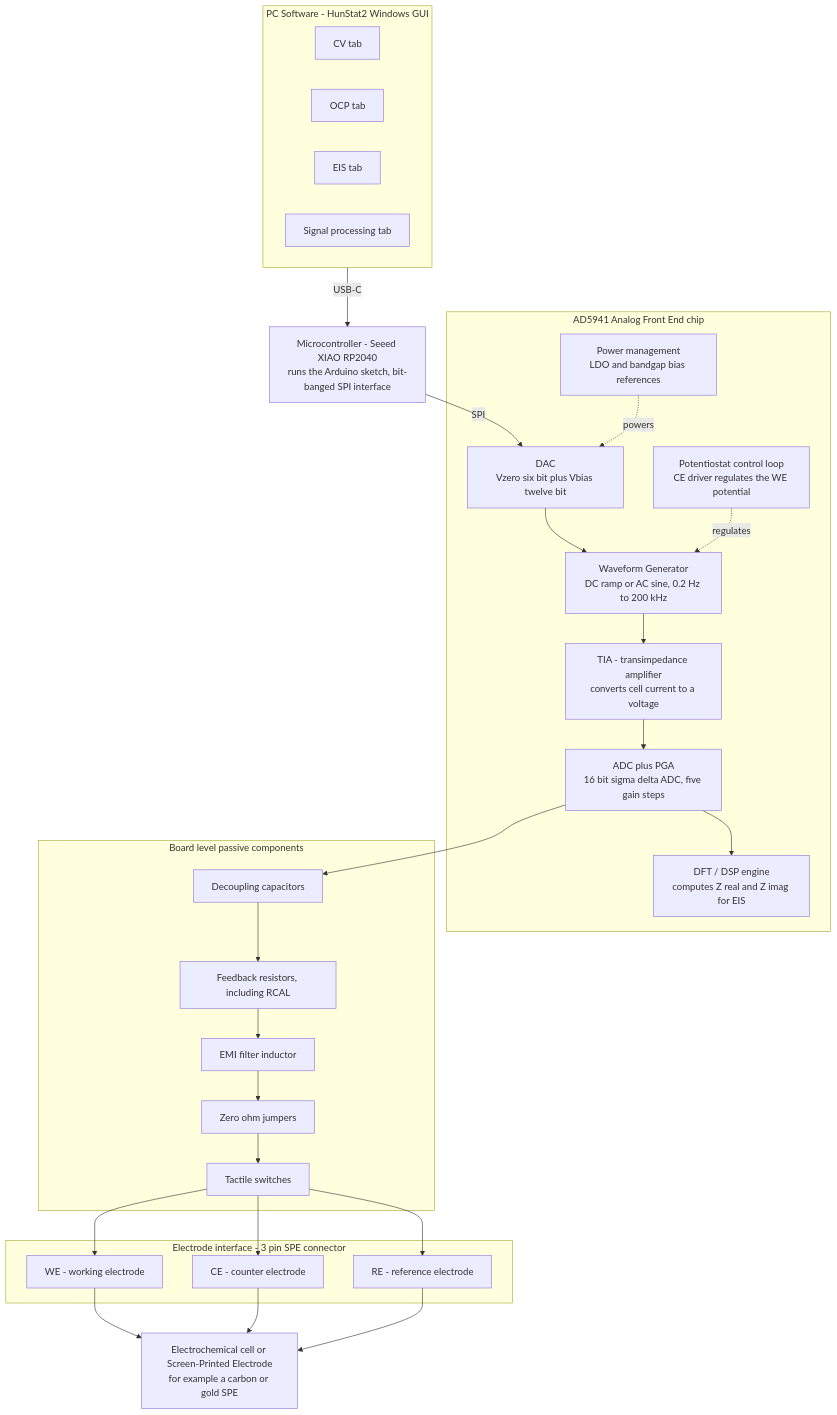
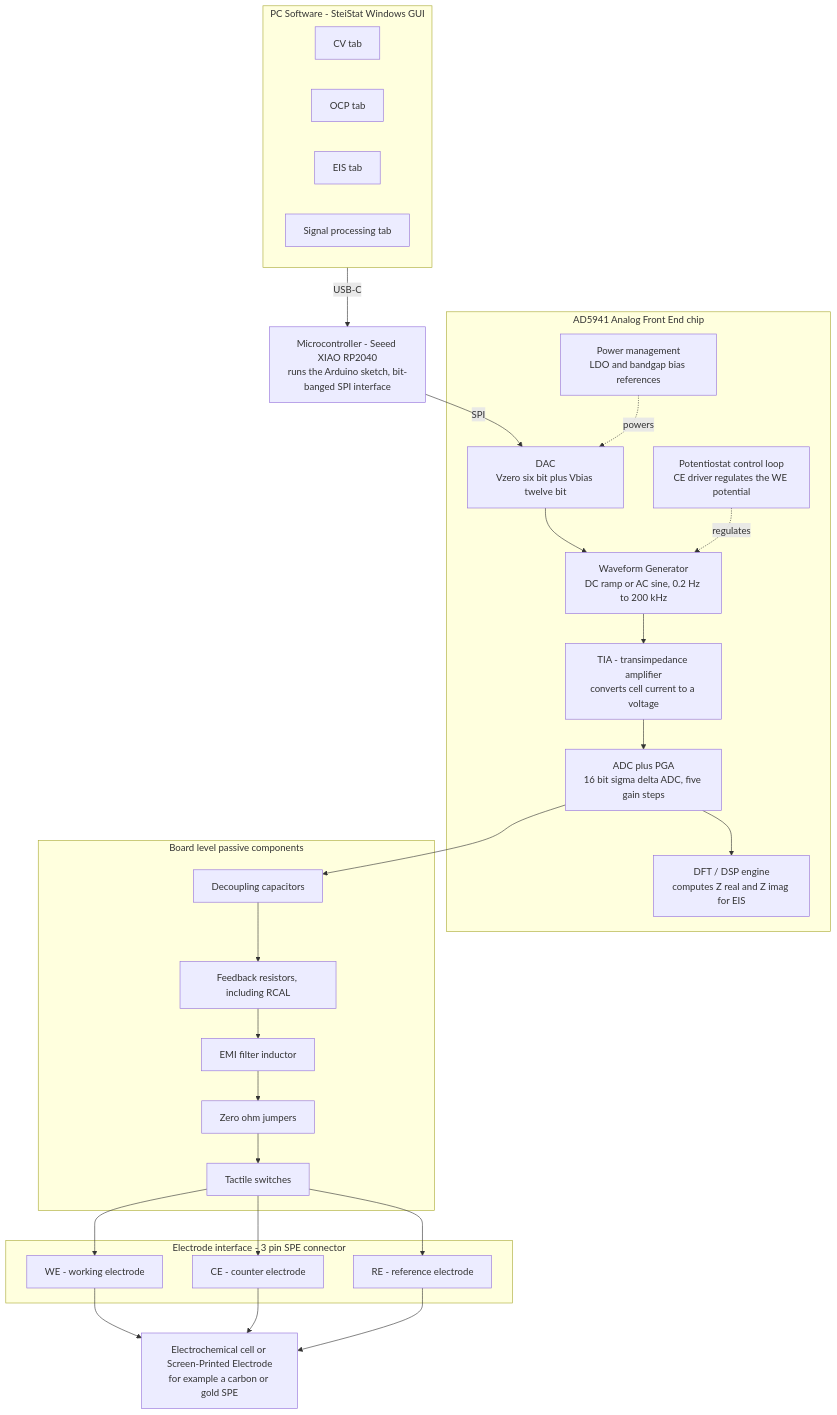
The second of 6 diagrams in laporan/FLOWCHART.md (mabooo18/SteiStat), drawn with Mermaid before and after one commit. The commit also changed other lines of this file and 259 other files, not shown here.

First line of the commit message:
Rename project from HunStat2 to SteiStat across code and docs

````diff
--- a/laporan/FLOWCHART.md
+++ b/laporan/FLOWCHART.md
@@ -120,52 +120,52 @@
 ```mermaid
 graph TD
-    subgraph PC[PC Software - HunStat2 Windows GUI]
+    subgraph PC[PC Software - SteiStat Windows GUI]
         CVtab[CV tab]
         OCPtab[OCP tab]
         EIStab[EIS tab]
         SPtab[Signal processing tab]
     end
 
     MCU[Microcontroller - Seeed XIAO RP2040<br/>runs the Arduino sketch, bit-banged SPI interface]
 
     subgraph AFE[AD5941 Analog Front End chip]
         DAC[DAC<br/>Vzero six bit plus Vbias twelve bit]
         WG[Waveform Generator<br/>DC ramp or AC sine, 0.2 Hz to 200 kHz]
         TIA[TIA - transimpedance amplifier<br/>converts cell current to a voltage]
         ADCPGA[ADC plus PGA<br/>16 bit sigma delta ADC, five gain steps]
         DFT[DFT / DSP engine<br/>computes Z real and Z imag for EIS]
         LOOP[Potentiostat control loop<br/>CE driver regulates the WE potential]
         PWR[Power management<br/>LDO and bandgap bias references]
     end
 
     subgraph PASSIVE[Board level passive components]
         DECAP[Decoupling capacitors]
         FBRES[Feedback resistors, including RCAL]
         EMI[EMI filter inductor]
         JUMP[Zero ohm jumpers]
         SW[Tactile switches]
     end
 
     subgraph ELEC[Electrode interface - 3 pin SPE connector]
         WE[WE - working electrode]
         CE[CE - counter electrode]
         RE[RE - reference electrode]
     end
 
     CELL[Electrochemical cell or Screen-Printed Electrode<br/>for example a carbon or gold SPE]
 
     PC -- USB-C --> MCU
     MCU -- SPI --> DAC
     DAC --> WG --> TIA --> ADCPGA
     ADCPGA --> DFT
     LOOP -.regulates.-> WG
     PWR -.powers.-> DAC
     ADCPGA --> DECAP
     DECAP --> FBRES --> EMI --> JUMP --> SW
     SW --> WE
     SW --> CE
     SW --> RE
     WE --> CELL
     CE --> CELL
     RE --> CELL
 ```
````
